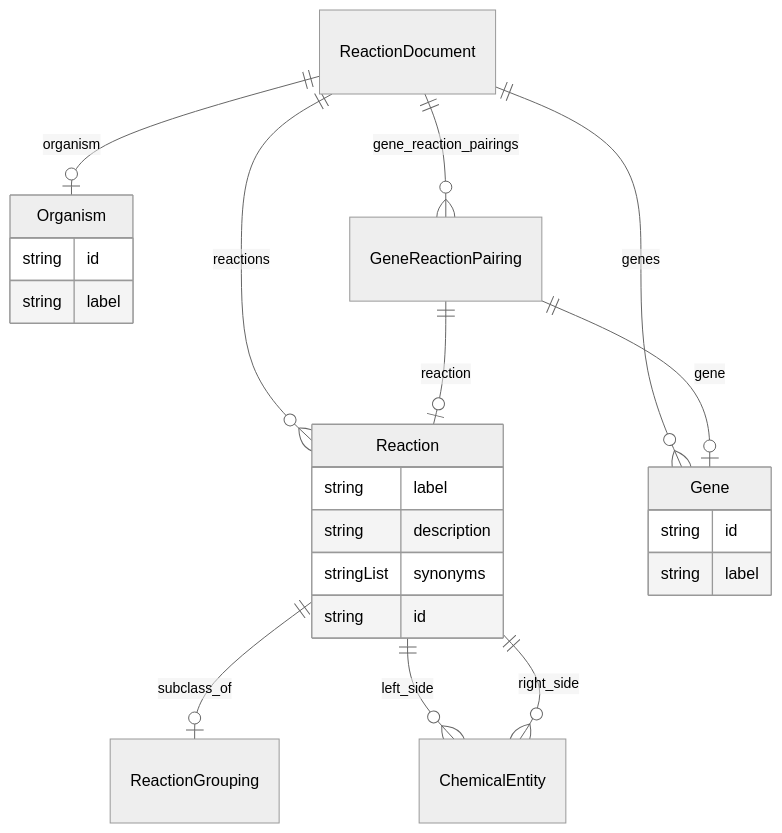
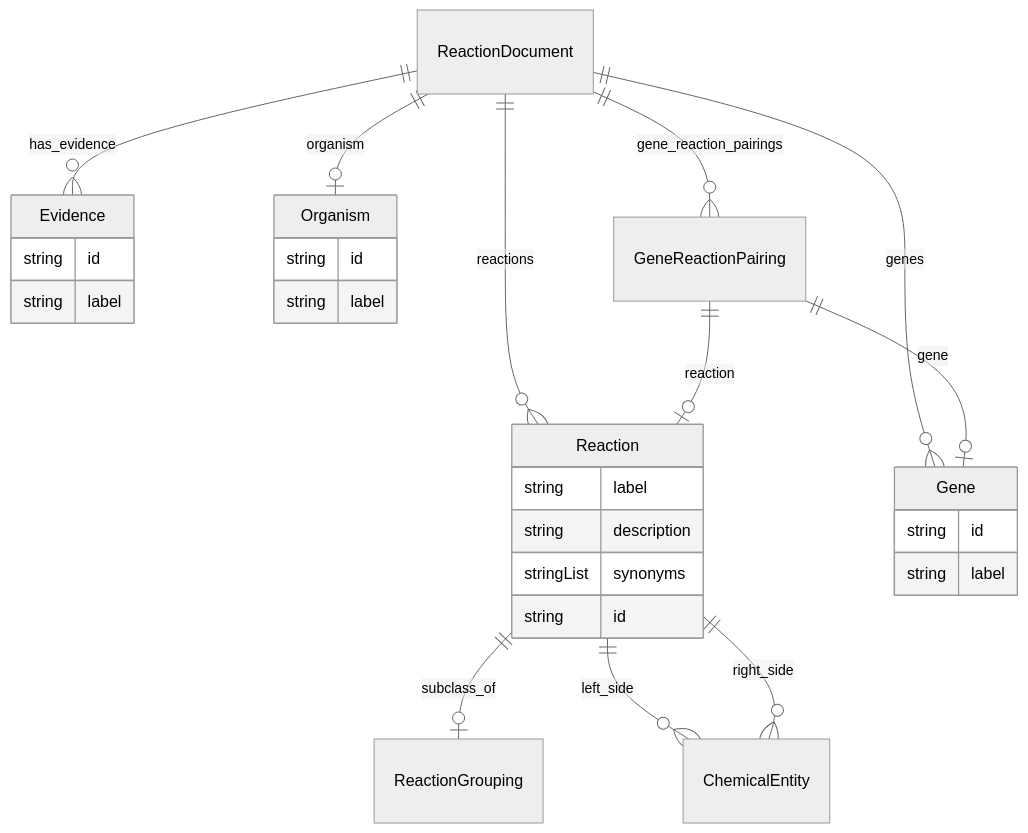
One commit to monarch-initiative/ontogpt changed the diagram in docs/reaction/ReactionDocument.md. Above: the diagram before and after it, drawn with Mermaid (neutral theme). The commit also changed other lines of this file and 2560 other files, not shown here.

````diff
--- a/docs/reaction/ReactionDocument.md
+++ b/docs/reaction/ReactionDocument.md
@@ -8,34 +8,39 @@
 ```mermaid
 erDiagram
 ReactionDocument {
 
+}
+Evidence {
+    string id  
+    string label  
 }
 Organism {
     string id  
     string label  
 }
 GeneReactionPairing {
 
 }
 Reaction {
     string label  
     string description  
     stringList synonyms  
     string id  
 }
 Gene {
     string id  
     string label  
 }
 
 ReactionDocument ||--}o Gene : "genes"
 ReactionDocument ||--}o Reaction : "reactions"
 ReactionDocument ||--}o GeneReactionPairing : "gene_reaction_pairings"
 ReactionDocument ||--|o Organism : "organism"
+ReactionDocument ||--}o Evidence : "has_evidence"
 GeneReactionPairing ||--|o Gene : "gene"
 GeneReactionPairing ||--|o Reaction : "reaction"
 Reaction ||--|o ReactionGrouping : "subclass_of"
 Reaction ||--}o ChemicalEntity : "left_side"
 Reaction ||--}o ChemicalEntity : "right_side"
 
 ```
````
